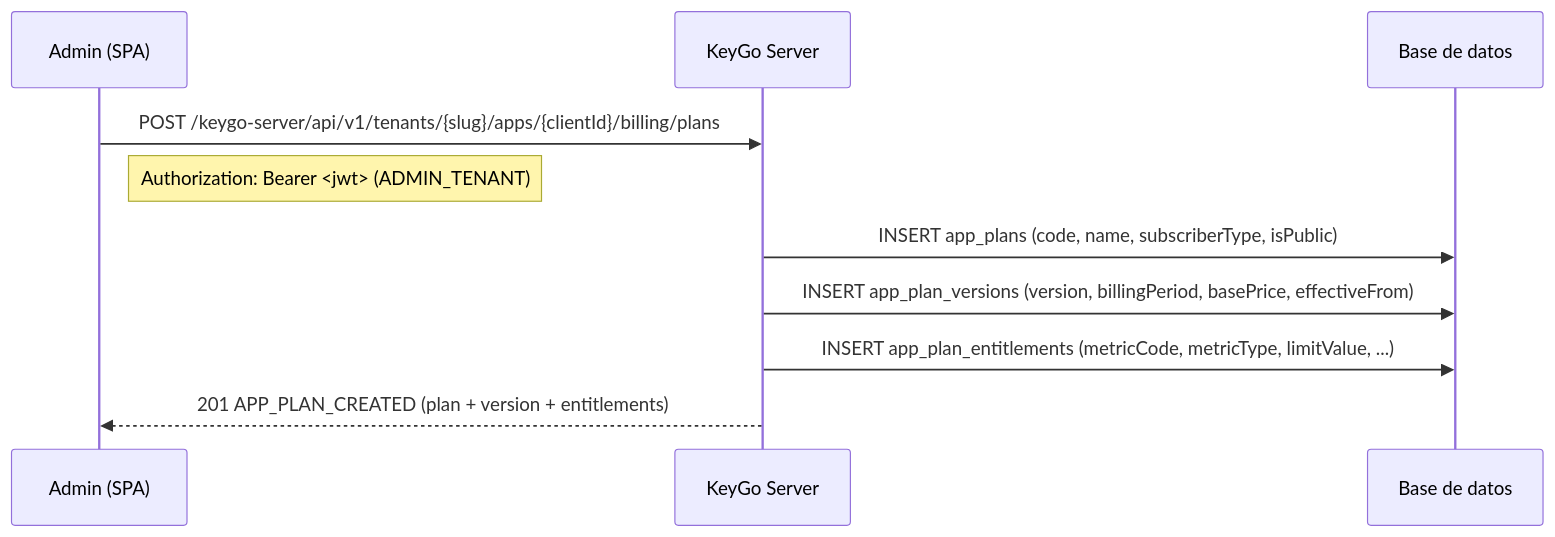
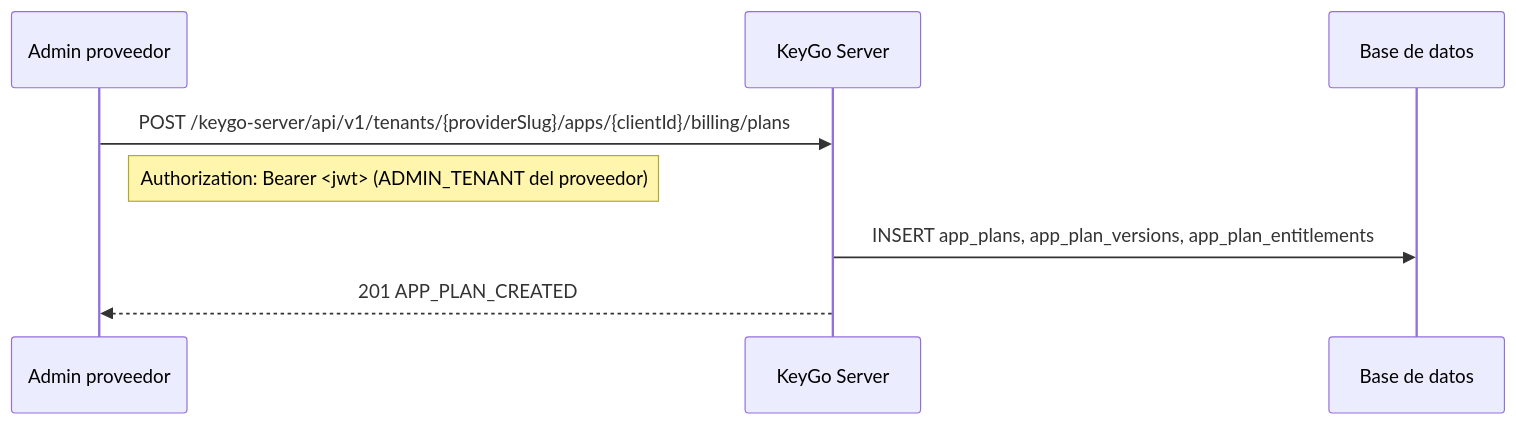
Before and after one commit to cmartinezs/keygo-web-ui: the eighth of 8 diagrams in docs/BILLING_FLOW.md, drawn with Mermaid. The commit also changed other lines of this file and 17 other files, not shown here.

````diff
--- a/docs/BILLING_FLOW.md
+++ b/docs/BILLING_FLOW.md
@@ -274,13 +375,11 @@
 ```mermaid
 sequenceDiagram
-    participant C as Admin (SPA)
+    participant A as Admin proveedor
     participant K as KeyGo Server
     participant DB as Base de datos
 
-    C->>K: POST /keygo-server/api/v1/tenants/{slug}/apps/{clientId}/billing/plans
-    Note right of C: Authorization: Bearer <jwt> (ADMIN_TENANT)
-    K->>DB: INSERT app_plans (code, name, subscriberType, isPublic)
-    K->>DB: INSERT app_plan_versions (version, billingPeriod, basePrice, effectiveFrom)
-    K->>DB: INSERT app_plan_entitlements (metricCode, metricType, limitValue, ...)
-    K-->>C: 201 APP_PLAN_CREATED (plan + version + entitlements)
+    A->>K: POST /keygo-server/api/v1/tenants/{providerSlug}/apps/{clientId}/billing/plans
+    Note right of A: Authorization: Bearer <jwt> (ADMIN_TENANT del proveedor)
+    K->>DB: INSERT app_plans, app_plan_versions, app_plan_entitlements
+    K-->>A: 201 APP_PLAN_CREATED
 ```
````
